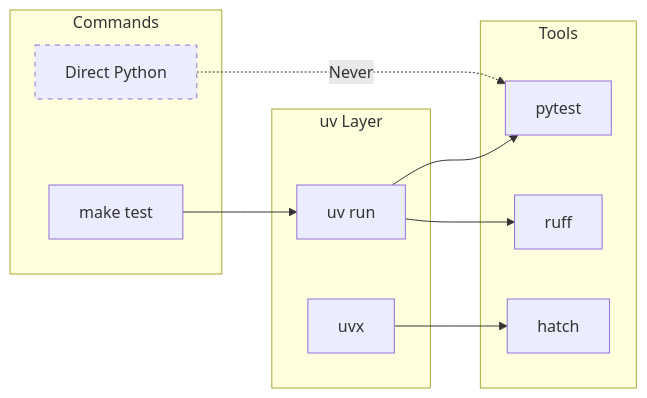
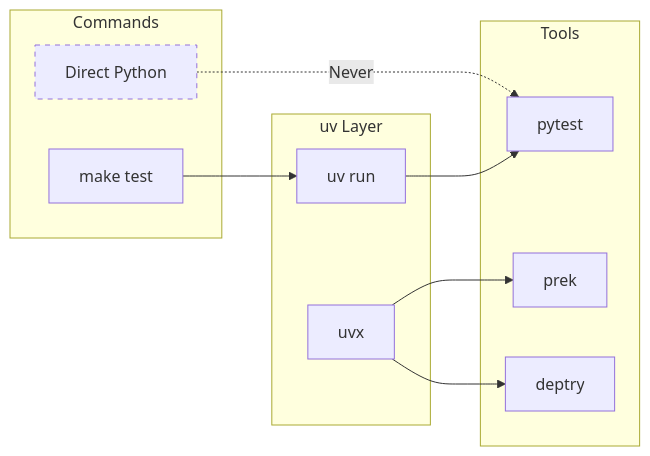
One commit to Jebel-Quant/rhiza changed the ninth of 9 diagrams in docs/reference/ARCHITECTURE.md. Above: the diagram before and after it, drawn with Mermaid. The commit also changed other lines of this file and 8 other files, not shown here.

````diff
--- a/docs/reference/ARCHITECTURE.md
+++ b/docs/reference/ARCHITECTURE.md
@@ -298,27 +298,27 @@
 ```mermaid
 flowchart LR
     subgraph Commands
         make[make test]
         direct[Direct Python]
     end
 
     subgraph UV["uv Layer"]
         uv_run[uv run]
         uvx[uvx]
     end
 
     subgraph Tools
         pytest[pytest]
-        ruff[ruff]
-        hatch[hatch]
+        prek[prek]
+        deptry[deptry]
     end
 
     make --> uv_run
     uv_run --> pytest
-    uv_run --> ruff
-    uvx --> hatch
+    uvx --> prek
+    uvx --> deptry
 
     direct -.->|Never| pytest
 
     style direct stroke-dasharray: 5 5
 ```
````
